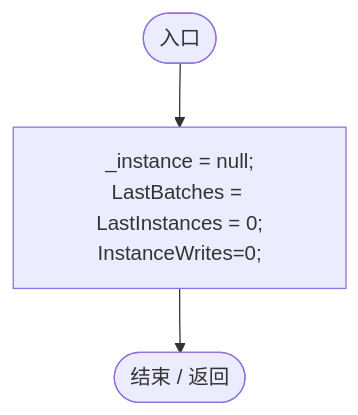
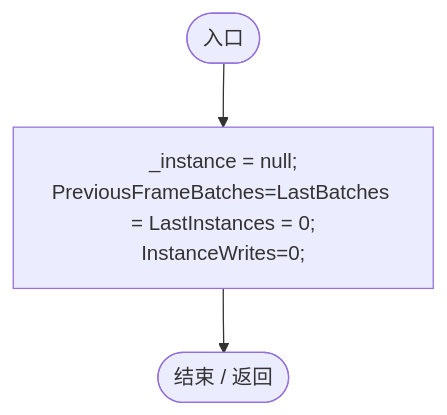
One commit to xhs6666/Darwin_paradise changed diagram 26 of 26 in Docs/运行流程图/脚本/29964f1f6c300ac9.md. Above: the diagram before and after it, drawn with Mermaid. The commit also changed other lines of this file and 150 other files, not shown here.

````diff
--- a/Docs/运行流程图/脚本/29964f1f6c300ac9.md
+++ b/Docs/运行流程图/脚本/29964f1f6c300ac9.md
@@ -1014,9 +1062,9 @@
 ```mermaid
 flowchart TD
   b0(["入口"])
-  b1["_instance = null;<br/>LastBatches = LastInstances = 0;<br/>InstanceWrites=0;"]
+  b1["_instance = null;<br/>PreviousFrameBatches=LastBatches = LastInstances = 0;<br/>InstanceWrites=0;"]
   b2(["结束 / 返回"])
   b0 --> b1
   b1 --> b2
 
 ```
````
